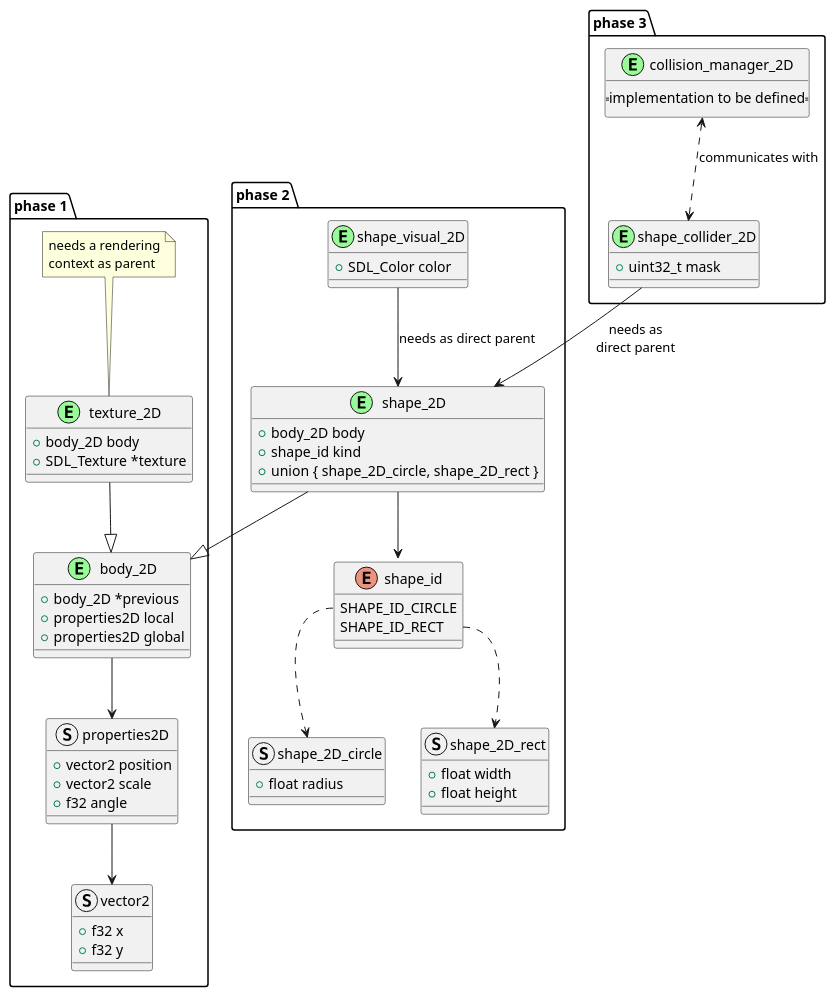
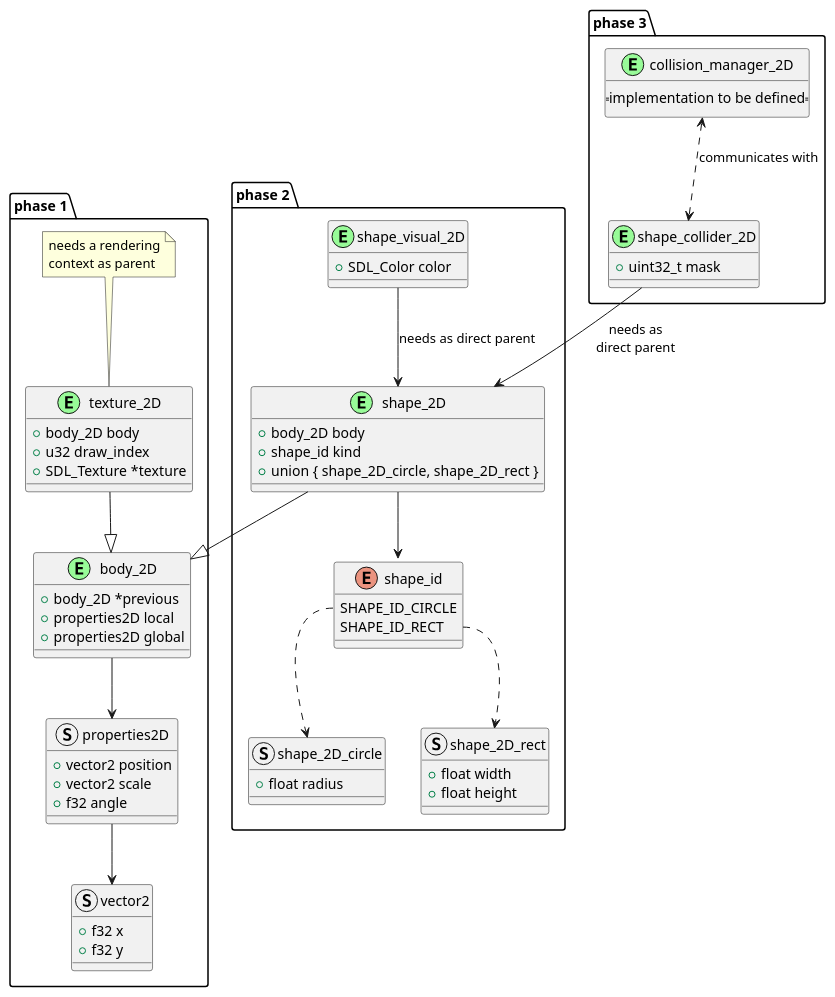
The diagram in doc/base_entities.puml (Belagir/basilisk), drawn with PlantUML before and after one commit. The commit also changed 8 other files, not shown here.

```diff
--- a/doc/base_entities.puml
+++ b/doc/base_entities.puml
@@ -1,108 +1,109 @@
 @startuml 2D engine base entities
 
 ' ------------------------------------------------------------------------------
 ' ------------------------------------------------------------------------------
 
 package phase_1 as "phase 1"  {
 
     struct vector2 {
         + f32 x
         + f32 y
     }
 
     struct properties2D {
         + vector2 position
         + vector2 scale
         + f32 angle
     }
     properties2D --> vector2
 
     struct body_2D << (E, PaleGreen) >> {
         + body_2D *previous
         + properties2D local
         + properties2D global
     }
     body_2D --> properties2D
 
 }
 
 ' ------------------------------------------------------------------------------
 ' ------------------------------------------------------------------------------
 
 package phase_2 as "phase 2" {
 
     struct shape_2D_circle {
         + float radius
     }
 
     ' ------------------------------------------------------------------------------
 
     struct shape_2D_rect {
         + float width
         + float height
     }
 
     ' ------------------------------------------------------------------------------
 
     enum shape_id {
         SHAPE_ID_CIRCLE
         SHAPE_ID_RECT
     }
     shape_id::SHAPE_ID_CIRCLE ..> shape_2D_circle
     shape_id::SHAPE_ID_RECT ..> shape_2D_rect
 
     ' ------------------------------------------------------------------------------
 
     struct shape_2D << (E, PaleGreen) >> {
         + body_2D body
         + shape_id kind
         + union { shape_2D_circle, shape_2D_rect }
     }
 
     shape_2D --> shape_id
     shape_2D --|> body_2D
 
     struct shape_visual_2D << (E, PaleGreen) >> {
         + SDL_Color color
     }
     shape_visual_2D --> shape_2D : needs as direct parent
 
 }
 
 ' ------------------------------------------------------------------------------
 ' ------------------------------------------------------------------------------
 
 package phase_1 {
 
     struct texture_2D << (E, PaleGreen) >> {
         + body_2D body
+        + u32 draw_index
         + SDL_Texture *texture
     }
     texture_2D --|> body_2D
     note top of texture_2D : needs a rendering\ncontext as parent
 
 }
 
 ' ------------------------------------------------------------------------------
 ' ------------------------------------------------------------------------------
 
 package phase_3 as "phase 3" {
 
 struct shape_collider_2D << (E, PaleGreen) >> {
     + uint32_t mask
 }
 shape_collider_2D --> shape_2D : needs as\ndirect parent
 
 ' ------------------------------------------------------------------------------
 
 struct collision_manager_2D << (E, PaleGreen) >> {
     == implementation to be defined ==
 }
 collision_manager_2D <..> shape_collider_2D : communicates with
 
 }
 
 ' ------------------------------------------------------------------------------
 ' ------------------------------------------------------------------------------
 
 @enduml
```
